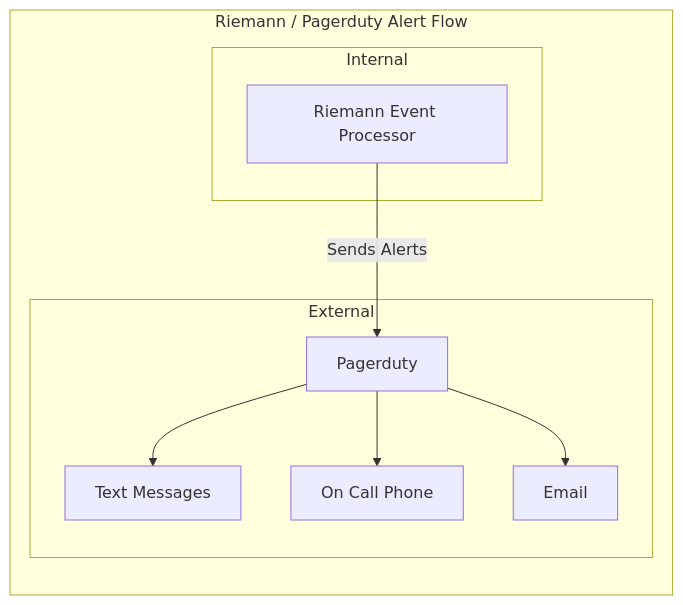
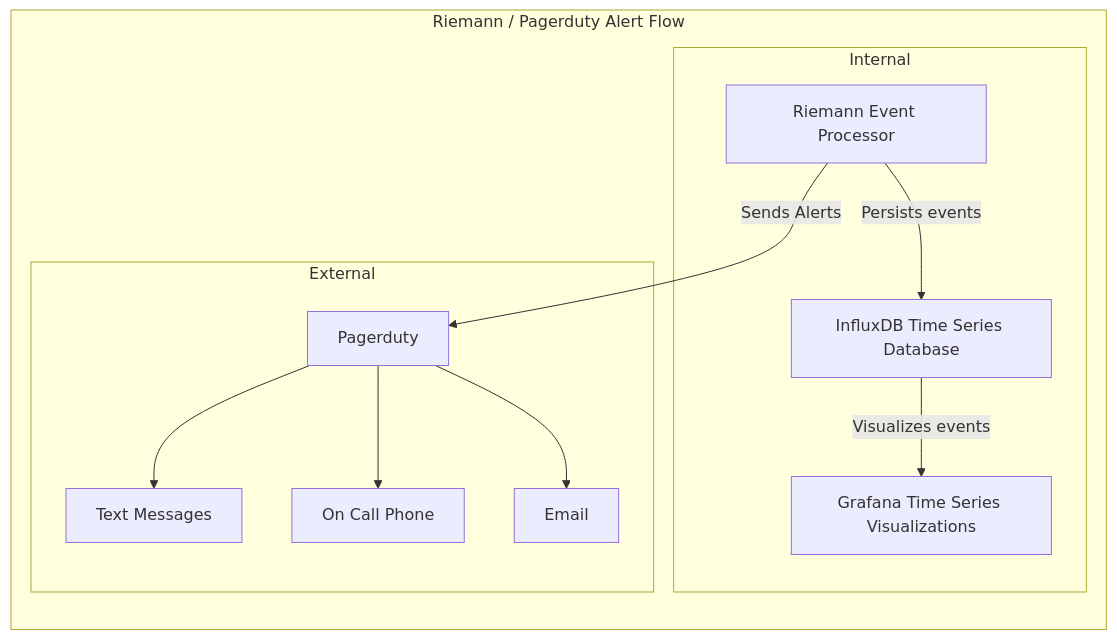
Before and after one commit to cloud-gov/system-diagrams: the diagram in source/diagrams/riemann.mmd, drawn with Mermaid.

Commit message:
Add influxb and grafana.

```diff
--- a/source/diagrams/riemann.mmd
+++ b/source/diagrams/riemann.mmd
@@ -1,19 +1,23 @@
 %% title: Riemann
 %% description: Riemann analyzes system events and metrics, triggering alarms based on critieria set by Cloud Gov Operations
 graph LR
   subgraph Riemann / Pagerduty Alert Flow
     subgraph Internal
       riemann4["Riemann Event Processor"]
+      influxdb["InfluxDB Time Series Database"]
+      grafana["Grafana Time Series Visualizations"]
     end
     subgraph External
       pagerduty5["Pagerduty"]
       sms5["Text Messages"]
       email5["Email"]
       phone5["On Call Phone"]
     end
 
     riemann4--Sends Alerts-->pagerduty5
+    riemann4--Persists events-->influxdb
+    influxdb--Visualizes events-->grafana
     pagerduty5-->sms5
     pagerduty5-->phone5
     pagerduty5-->email5
   end
```
